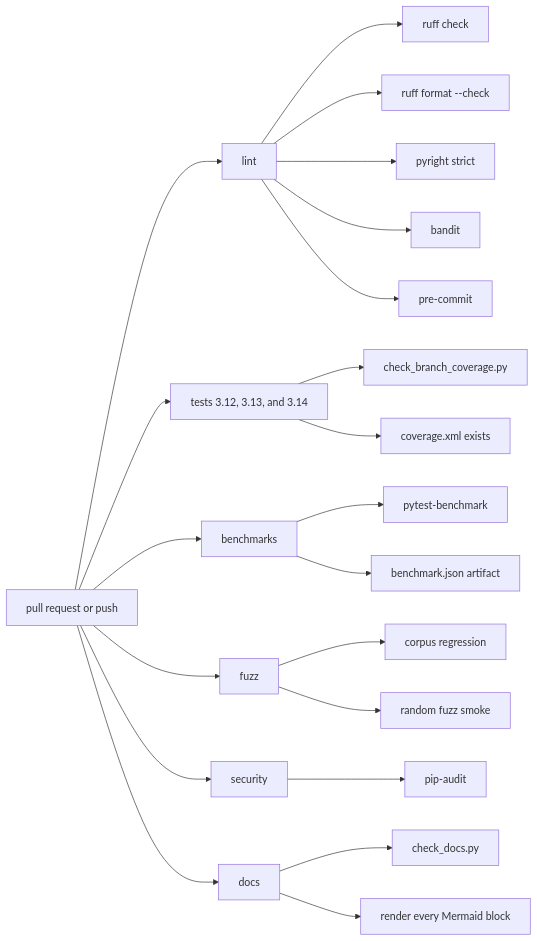
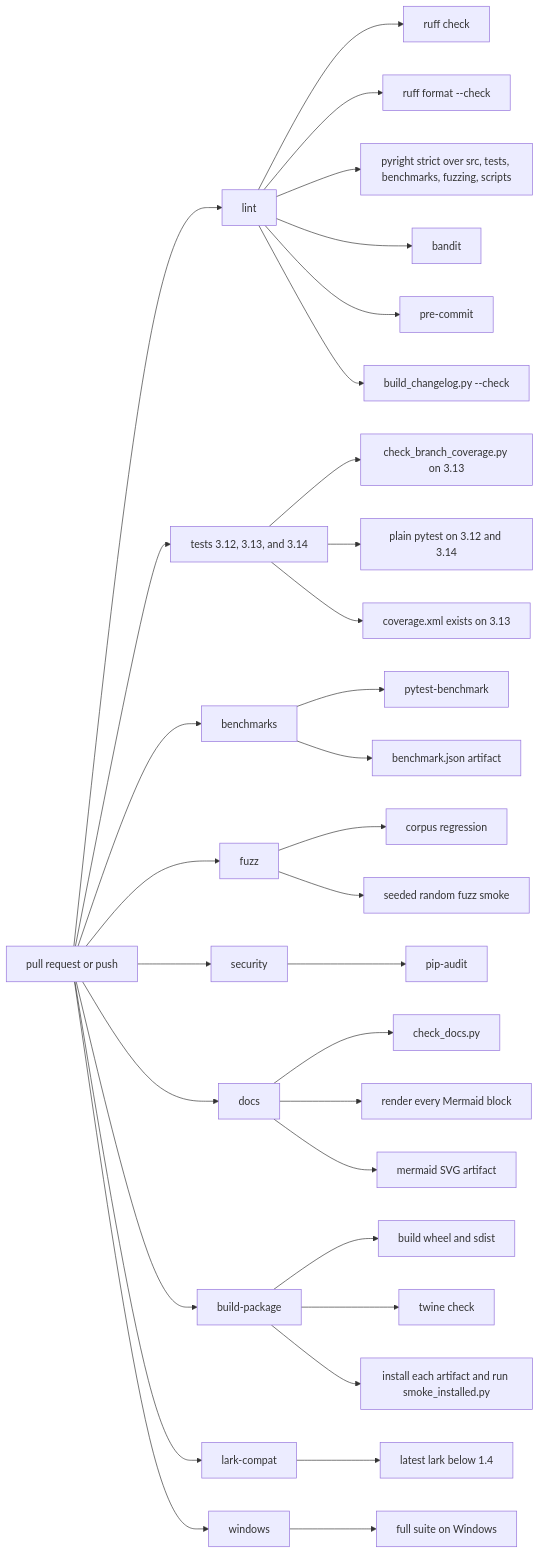
The third of 3 diagrams in docs/testing.md (SorenHJohansen/sattline-parser), drawn with Mermaid before and after one commit. The commit also changed other lines of this file and 157 other files, not shown here.

````diff
--- a/docs/testing.md
+++ b/docs/testing.md
@@ -133,23 +161,34 @@
 ```mermaid
 flowchart LR
     PR["pull request or push"] --> L["lint"]
     PR --> T["tests 3.12, 3.13, and 3.14"]
     PR --> B["benchmarks"]
     PR --> F["fuzz"]
     PR --> S["security"]
     PR --> D["docs"]
+    PR --> P["build-package"]
+    PR --> LC["lark-compat"]
+    PR --> W["windows"]
     L --> L1["ruff check"]
     L --> L2["ruff format --check"]
-    L --> L3["pyright strict"]
+    L --> L3["pyright strict over src, tests, benchmarks, fuzzing, scripts"]
     L --> L4["bandit"]
     L --> L5["pre-commit"]
-    T --> T1["check_branch_coverage.py"]
-    T --> T2["coverage.xml exists"]
+    L --> L6["build_changelog.py --check"]
+    T --> T1["check_branch_coverage.py on 3.13"]
+    T --> T2["plain pytest on 3.12 and 3.14"]
+    T --> T3["coverage.xml exists on 3.13"]
     B --> B1["pytest-benchmark"]
     B --> B2["benchmark.json artifact"]
     F --> F1["corpus regression"]
-    F --> F2["random fuzz smoke"]
+    F --> F2["seeded random fuzz smoke"]
     S --> S1["pip-audit"]
     D --> D1["check_docs.py"]
     D --> D2["render every Mermaid block"]
+    D --> D3["mermaid SVG artifact"]
+    P --> P1["build wheel and sdist"]
+    P --> P2["twine check"]
+    P --> P3["install each artifact and run smoke_installed.py"]
+    LC --> LC1["latest lark below 1.4"]
+    W --> W1["full suite on Windows"]
 ```
````
